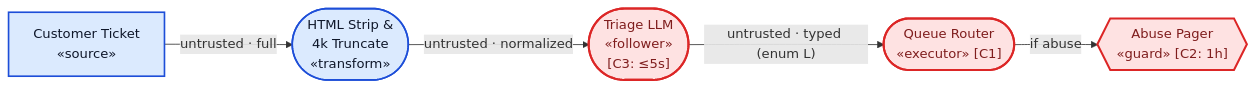
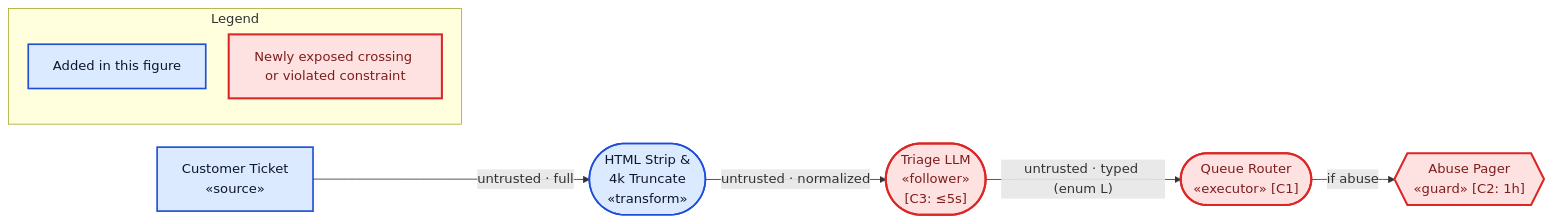
One commit to cosai-oasis/ws4-secure-design-agentic-systems changed diagram 14 of 24 in whitepapers/modality_agnostic_taxonomy.md. Above: the diagram before and after it, drawn with Mermaid. The commit also changed other lines of this file, not shown here.

````diff
--- a/whitepapers/modality_agnostic_taxonomy.md
+++ b/whitepapers/modality_agnostic_taxonomy.md
@@ -300,17 +758,21 @@
 ```mermaid
 %%{init: {"flowchart": {"nodeSpacing": 28, "rankSpacing": 38}}}%%
 flowchart LR
     TKT["Customer Ticket<br/>«source»"]:::added
     NRM(["HTML Strip &<br/>4k Truncate<br/>«transform»"]):::added
     LLM(["Triage LLM<br/>«follower»<br/>[C3: ≤5s]"]):::exposed
     RTR(["Queue Router<br/>«executor» [C1]"]):::exposed
     PGR{{"Abuse Pager<br/>«guard» [C2: 1h]"}}:::exposed
 
     TKT -- "untrusted · full" --> NRM
     NRM -- "untrusted · normalized" --> LLM
     LLM -- "untrusted · typed (enum L)" --> RTR
     RTR -- "if abuse" --> PGR
 
+    subgraph KEY["Legend"]
+        KEY_added["Added in this figure"]:::added
+        KEY_exposed["Newly exposed crossing or violated constraint"]:::exposed
+    end
     classDef added fill:#dbeafe,stroke:#1d4ed8,stroke-width:2px,color:#0f172a
     classDef exposed fill:#fee2e2,stroke:#dc2626,stroke-width:2.5px,color:#7f1d1d
 ```
````
